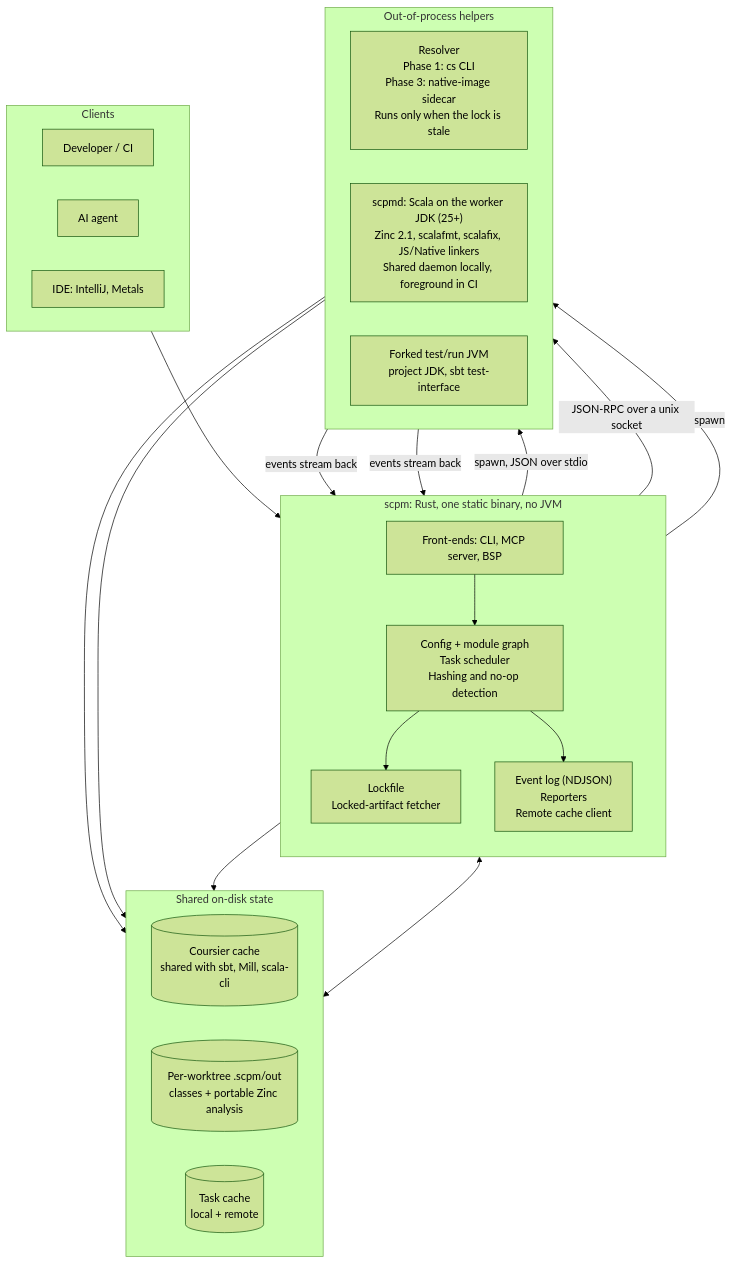
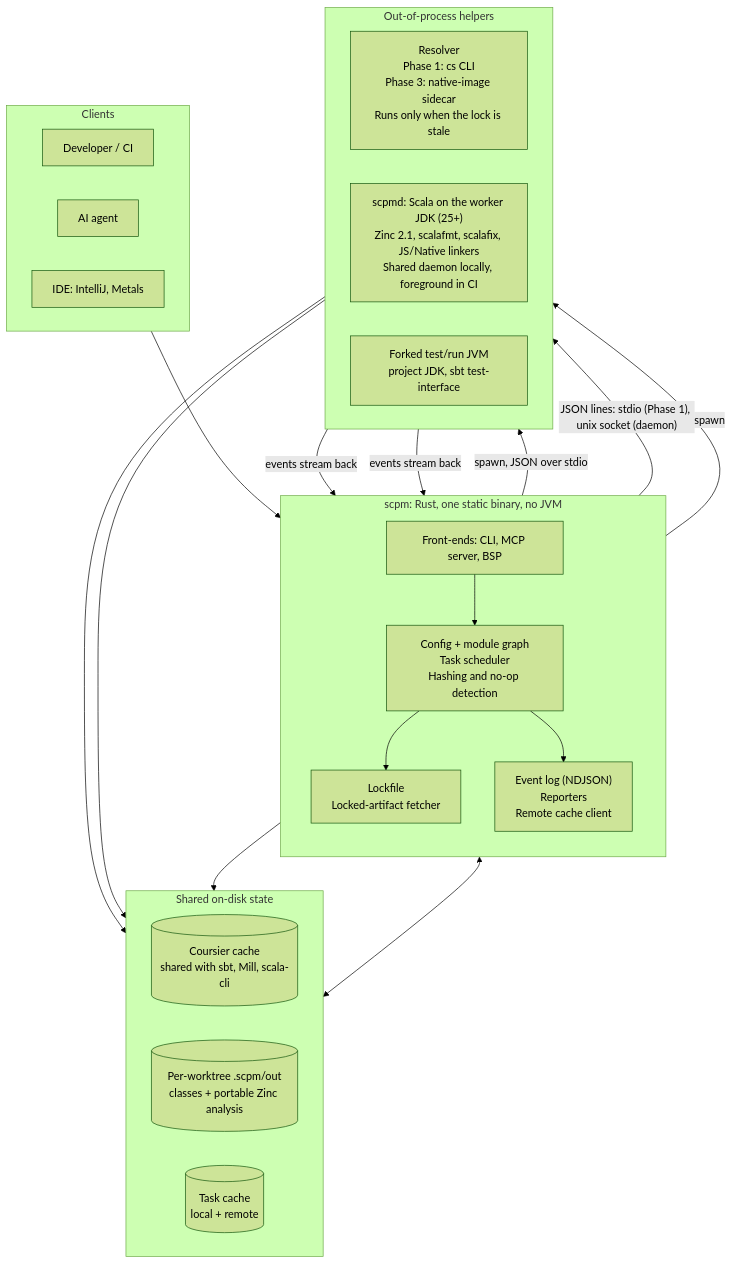
One commit to gatorcse/scpm changed the diagram in docs/design.md. Above: the diagram before and after it, drawn with Mermaid (forest theme). The commit also changed other lines of this file and 1 other file, not shown here.

Commit message:
docs: review round 3 (catalog selections in lock, ci in phase 1, inputsHash coverage, resolution context limits, selector grammar)

````diff
--- a/docs/design.md
+++ b/docs/design.md
@@ -91,45 +91,45 @@
 ```mermaid
 flowchart TB
     subgraph clients["Clients"]
         direction LR
         user["Developer / CI"]
         agent["AI agent"]
         ide["IDE: IntelliJ, Metals"]
     end
 
     subgraph cli["scpm: Rust, one static binary, no JVM"]
         direction TB
         front["Front-ends: CLI, MCP server, BSP"]
         core["Config + module graph<br/>Task scheduler<br/>Hashing and no-op detection"]
         deps["Lockfile<br/>Locked-artifact fetcher"]
         out["Event log (NDJSON)<br/>Reporters<br/>Remote cache client"]
         front --> core
         core --> deps
         core --> out
     end
 
     subgraph jvm["Out-of-process helpers"]
         direction LR
         resolver["Resolver<br/>Phase 1: cs CLI<br/>Phase 3: native-image sidecar<br/>Runs only when the lock is stale"]
         scpmd["scpmd: Scala on the worker JDK (25+)<br/>Zinc 2.1, scalafmt, scalafix, JS/Native linkers<br/>Shared daemon locally, foreground in CI"]
         testjvm["Forked test/run JVM<br/>project JDK, sbt test-interface"]
     end
 
     subgraph disk["Shared on-disk state"]
         direction LR
         cscache[("Coursier cache<br/>shared with sbt, Mill, scala-cli")]
         outdir[("Per-worktree .scpm/out<br/>classes + portable Zinc analysis")]
         taskcache[("Task cache<br/>local + remote")]
     end
 
     clients --> front
     deps -- "spawn, JSON over stdio" --> resolver
-    core -- "JSON-RPC over a unix socket" --> scpmd
+    core -- "JSON lines: stdio (Phase 1), unix socket (daemon)" --> scpmd
     core -- "spawn" --> testjvm
     scpmd -- "events stream back" --> out
     testjvm -- "events stream back" --> out
     resolver --> cscache
     deps --> cscache
     scpmd --> outdir
     out <--> taskcache
 ```
````
